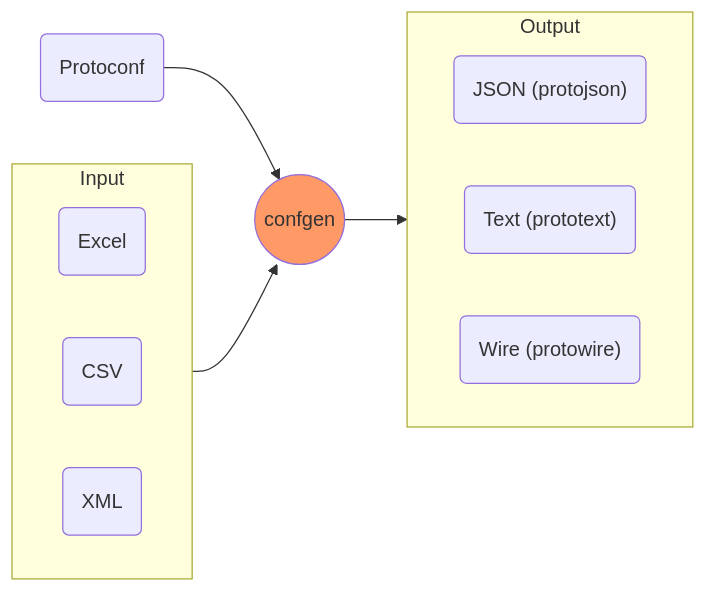
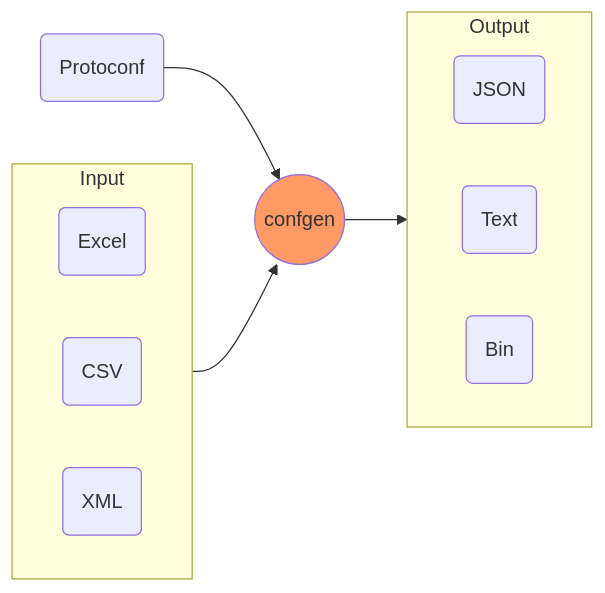
Before and after one commit to tableauio/tableauio.github.io: the second of 2 diagrams in content/en/docs/prologue/introduction.md, drawn with Mermaid. The commit also changed other lines of this file and 9 other files, not shown here.

Commit message:
feat: rename wire to bin format

````diff
--- a/content/en/docs/prologue/introduction.md
+++ b/content/en/docs/prologue/introduction.md
@@ -40,21 +40,21 @@
 ```mermaid
 flowchart LR
   subgraph Input
     direction RL
     I1(Excel)
     I2(CSV)
     I3(XML)
   end
   
   Input --> B
   A(Protoconf) --> B
   B((confgen)):::orangecalss --> Output
   classDef orangecalss fill:#f96;
   
   subgraph Output
     direction RL
-    O1("JSON (protojson)")
-    O2("Text (prototext)")
-    O3("Wire (protowire)")
+    O1("JSON")
+    O2("Text")
+    O3("Bin")
   end
 ```
````
